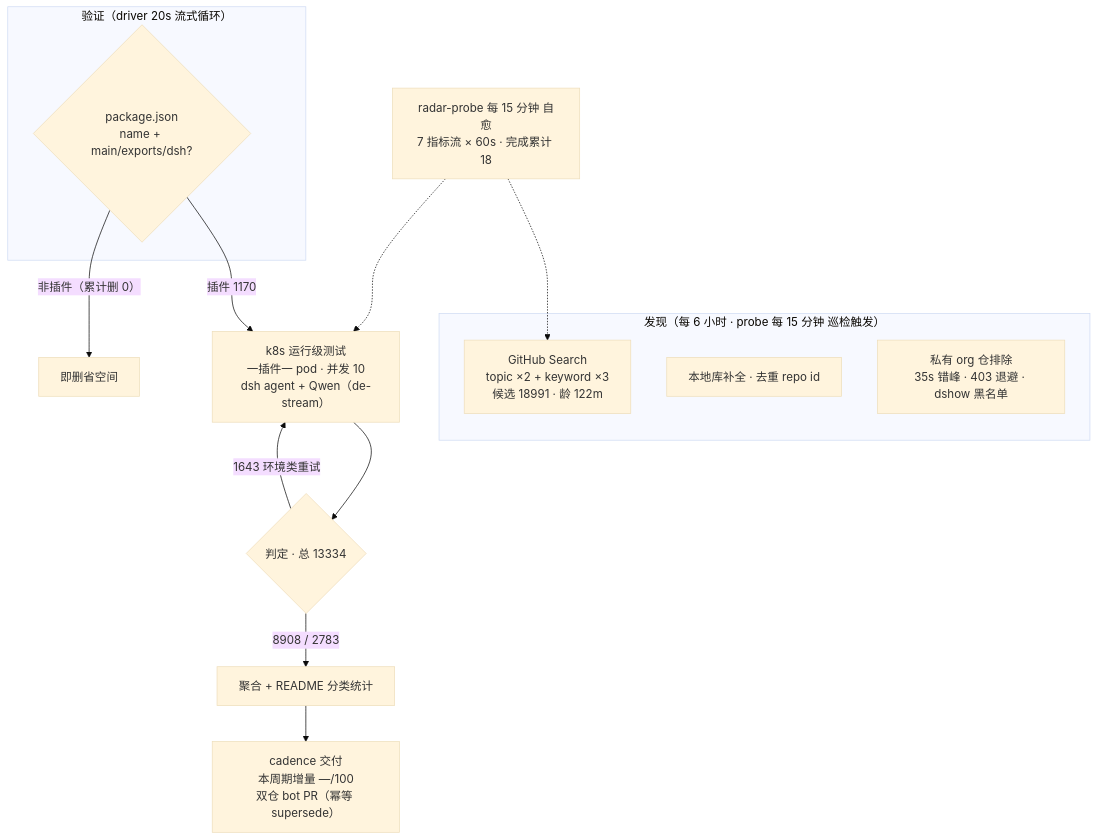
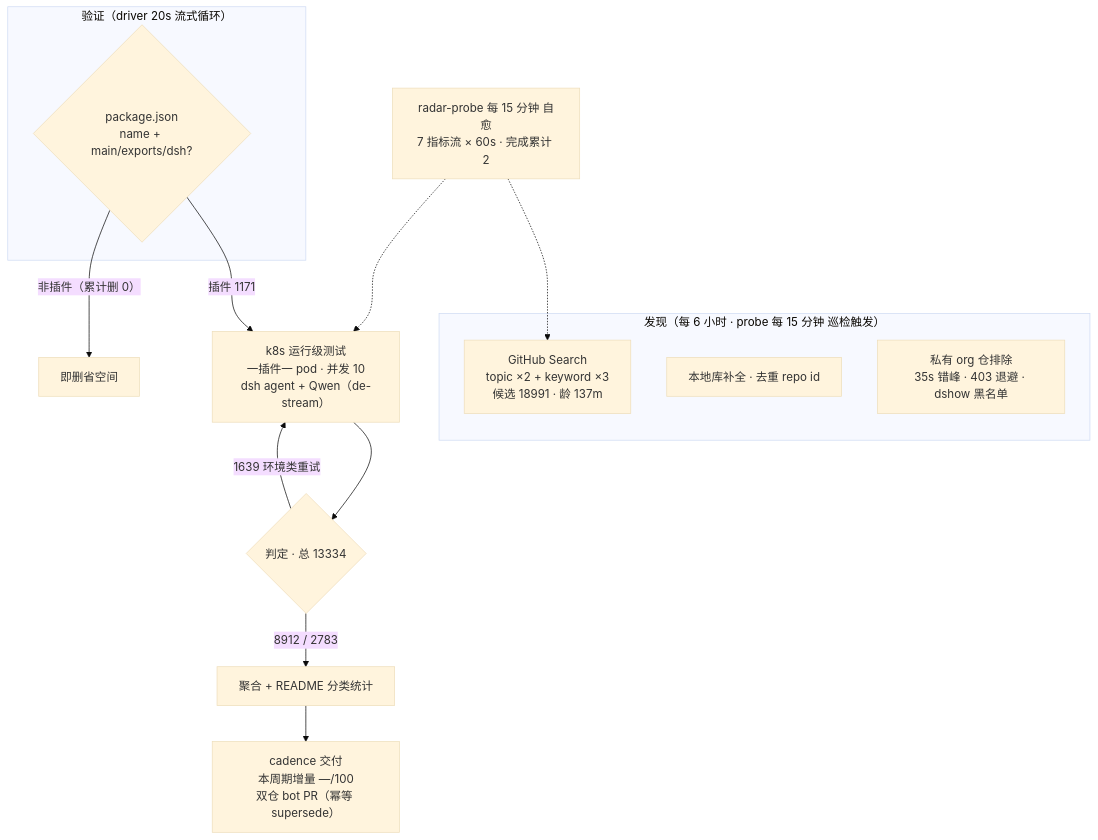
Before and after one commit to Zhidao-Lab-OSS/awesome-dsh-plugins: the diagram in README.md, drawn with Mermaid (base theme). The commit also changed other lines of this file and 1 other file, not shown here.

````diff
--- a/README.md
+++ b/README.md
@@ -57,20 +58,20 @@
 ```mermaid
 flowchart TB
     subgraph Discovery["发现（每 6 小时 · probe 每 15 分钟 巡检触发）"]
-        A1["GitHub Search<br/>topic ×2 + keyword ×3<br/>候选 18991 · 龄 122m"]
+        A1["GitHub Search<br/>topic ×2 + keyword ×3<br/>候选 18991 · 龄 137m"]
         A2["本地库补全 · 去重 repo id"]
         A3["私有 org 仓排除<br/>35s 错峰 · 403 退避 · dshow 黑名单"]
     end
     subgraph Validation["验证（driver 20s 流式循环）"]
         B1{"package.json<br/>name + main/exports/dsh?"}
     end
-    B1 -->|"插件 1170"| C1["k8s 运行级测试<br/>一插件一 pod · 并发 10<br/>dsh agent + Qwen（de-stream）"]
+    B1 -->|"插件 1171"| C1["k8s 运行级测试<br/>一插件一 pod · 并发 10<br/>dsh agent + Qwen（de-stream）"]
     B1 -->|"非插件（累计删 0）"| B3["即删省空间"]
     C1 --> D1{"判定 · 总 13334"}
-    D1 -->|"8908 / 2783"| E1["聚合 + README 分类统计"]
-    D1 -->|"1643 环境类重试"| C1
+    D1 -->|"8912 / 2783"| E1["聚合 + README 分类统计"]
+    D1 -->|"1639 环境类重试"| C1
     E1 --> E2["cadence 交付<br/>本周期增量 —/100<br/>双仓 bot PR（幂等 supersede）"]
-    M["radar-probe 每 15 分钟 自愈<br/>7 指标流 × 60s · 完成累计 18"]
+    M["radar-probe 每 15 分钟 自愈<br/>7 指标流 × 60s · 完成累计 2"]
     M -.-> A1
     M -.-> C1
 ```
````
